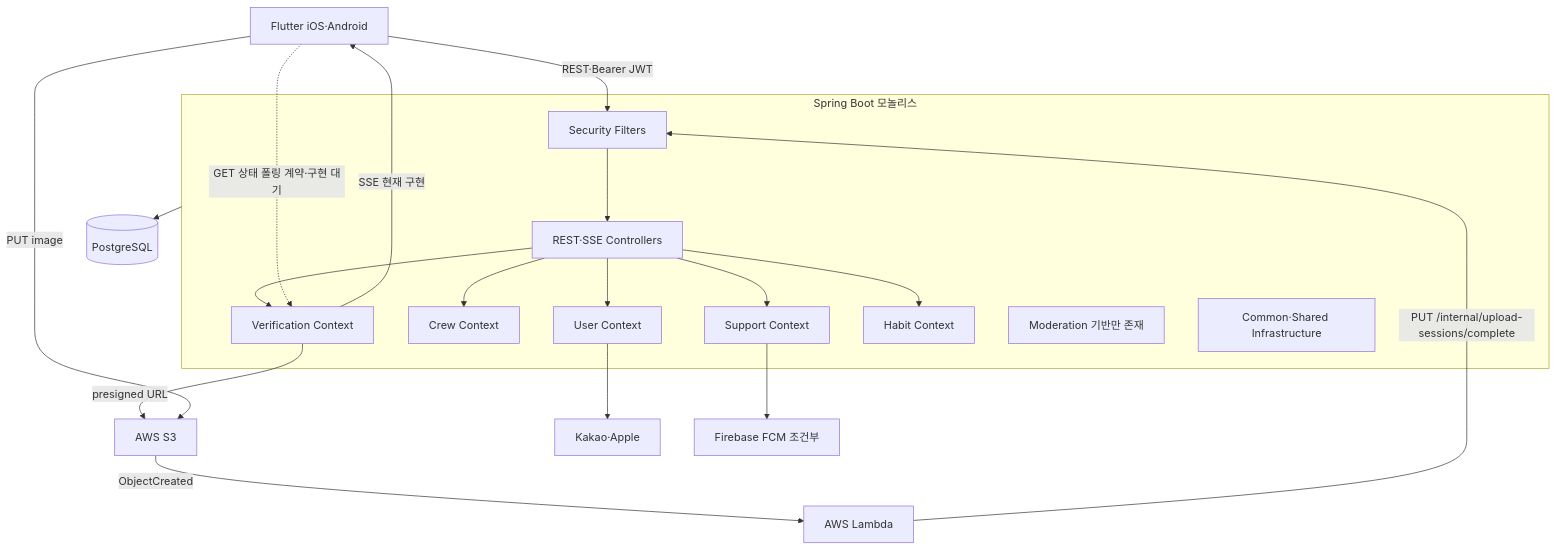
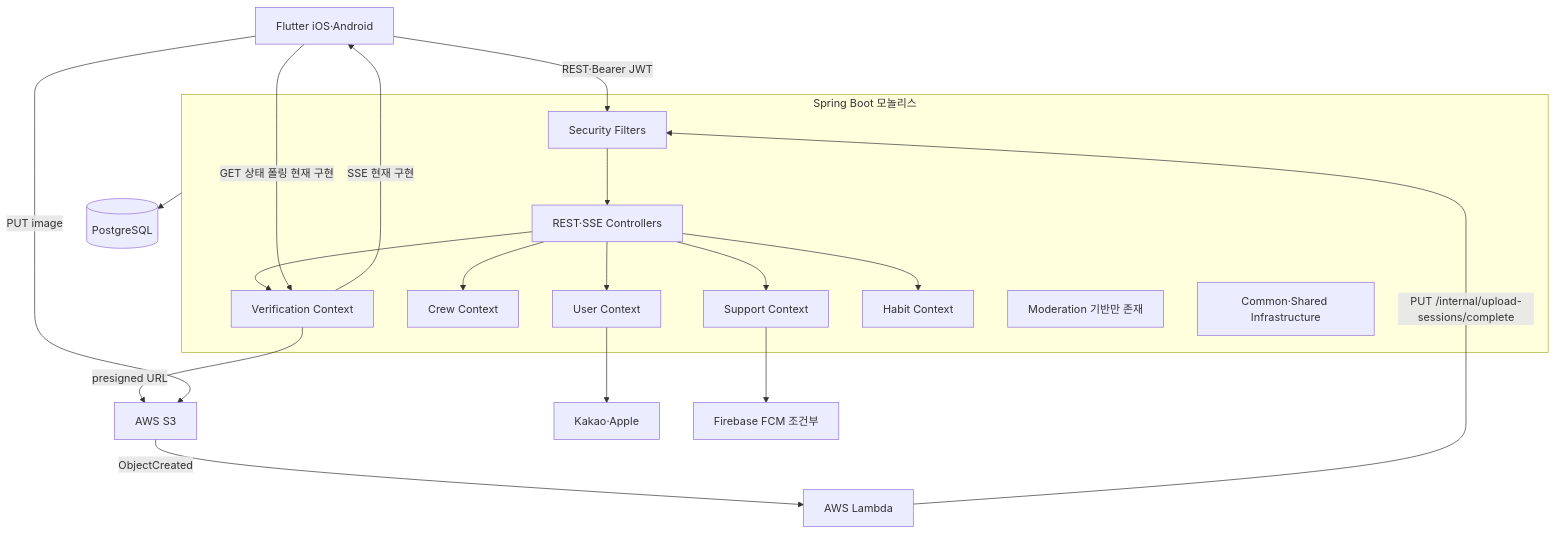
The first of 3 diagrams in docs/spec/architecture.md (JianYang98/TriAgain), drawn with Mermaid before and after one commit. The commit also changed other lines of this file and 8 other files, not shown here.

````diff
--- a/docs/spec/architecture.md
+++ b/docs/spec/architecture.md
@@ -25,39 +24,39 @@
 ```mermaid
 flowchart TB
     Flutter["Flutter iOS·Android"]
 
     subgraph App["Spring Boot 모놀리스"]
         Security["Security Filters"]
         Router["REST·SSE Controllers"]
         User["User Context"]
         Crew["Crew Context"]
         Verification["Verification Context"]
         Support["Support Context"]
         Habit["Habit Context"]
         Moderation["Moderation 기반만 존재"]
         Common["Common·Shared Infrastructure"]
     end
 
     PG[("PostgreSQL")]
     S3["AWS S3"]
     Lambda["AWS Lambda"]
     Social["Kakao·Apple"]
     FCM["Firebase FCM 조건부"]
 
     Flutter -->|"REST·Bearer JWT"| Security
     Security --> Router
     Router --> User
     Router --> Crew
     Router --> Verification
     Router --> Support
     Router --> Habit
     Verification -->|"presigned URL"| S3
     Flutter -->|"PUT image"| S3
     S3 -->|"ObjectCreated"| Lambda
     Lambda -->|"PUT /internal/upload-sessions/complete"| Security
     Verification -->|"SSE 현재 구현"| Flutter
-    Flutter -.->|"GET 상태 폴링 계약·구현 대기"| Verification
+    Flutter -->|"GET 상태 폴링 현재 구현"| Verification
     User --> Social
     Support --> FCM
     App --> PG
 ```
````
